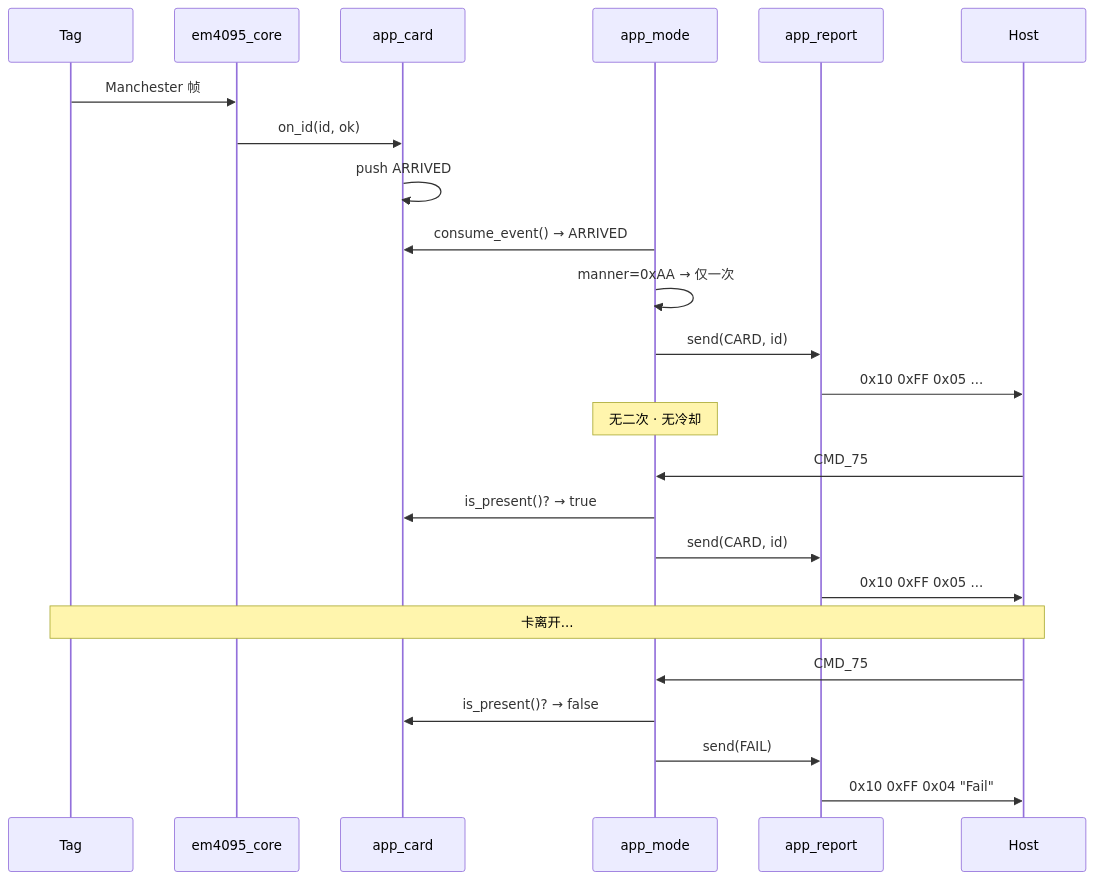
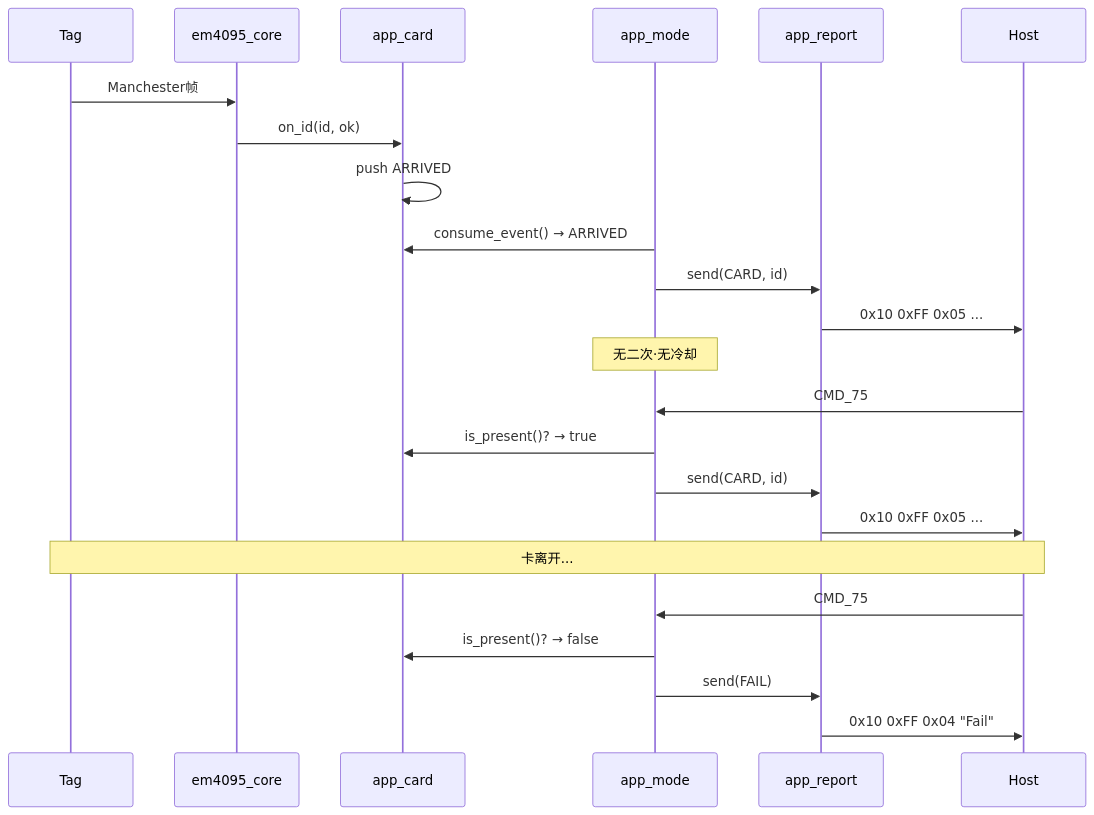
Diagram 16 of 16 in 工作/SR3读卡器/260802SR3读卡器架构.md (Siaiai/ObsidianNote), drawn with Mermaid before and after one commit. The commit also changed other lines of this file and 1 other file, not shown here.

````diff
--- a/工作/SR3读卡器/260802SR3读卡器架构.md
+++ b/工作/SR3读卡器/260802SR3读卡器架构.md
@@ -615,31 +762,29 @@
 ```mermaid
 sequenceDiagram
     participant TAG as Tag
     participant DEC as em4095_core
     participant CARD as app_card
     participant MODE as app_mode
     participant RPT as app_report
     participant HOST as Host
 
-    TAG->>DEC: Manchester 帧
+    TAG->>DEC: Manchester帧
     DEC->>CARD: on_id(id, ok)
     CARD->>CARD: push ARRIVED
-
     MODE->>CARD: consume_event() → ARRIVED
-    MODE->>MODE: manner=0xAA → 仅一次
     MODE->>RPT: send(CARD, id)
     RPT->>HOST: 0x10 0xFF 0x05 ...
 
-    Note over MODE: 无二次 · 无冷却
+    Note over MODE: 无二次·无冷却
 
     HOST->>MODE: CMD_75
     MODE->>CARD: is_present()? → true
     MODE->>RPT: send(CARD, id)
     RPT->>HOST: 0x10 0xFF 0x05 ...
 
     Note over TAG,HOST: 卡离开...
     HOST->>MODE: CMD_75
     MODE->>CARD: is_present()? → false
     MODE->>RPT: send(FAIL)
     RPT->>HOST: 0x10 0xFF 0x04 "Fail"
 ```
````
